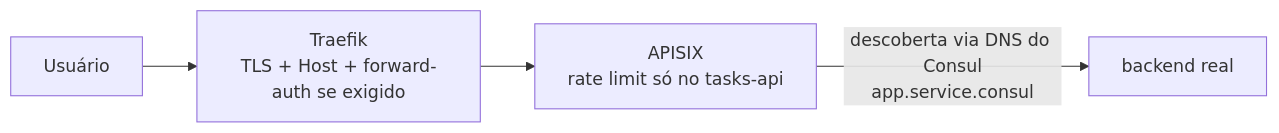
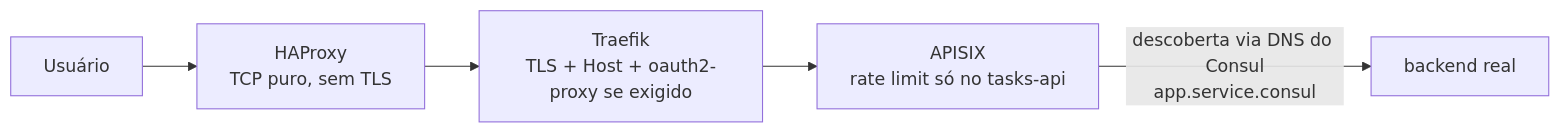
The second of 3 diagrams in content/00-arquitetura.md (W4lff/lab-docs), drawn with Mermaid before and after one commit. The commit also changed other lines of this file and 2 other files, not shown here.

First line of the commit message:
Update arquitetura e Traefik: HAProxy no lugar do Azure LB, oauth2-proxy no lugar do forward-auth

````diff
--- a/content/00-arquitetura.md
+++ b/content/00-arquitetura.md
@@ -71,6 +73,7 @@
 ```mermaid
 flowchart LR
-    U[Usuário] --> T[Traefik<br/>TLS + Host + forward-auth se exigido]
+    U[Usuário] --> HAP[HAProxy<br/>TCP puro, sem TLS]
+    HAP --> T[Traefik<br/>TLS + Host + oauth2-proxy se exigido]
     T --> A[APISIX<br/>rate limit só no tasks-api]
     A -->|descoberta via DNS do Consul<br/>app.service.consul| API[backend real]
 ```
````
